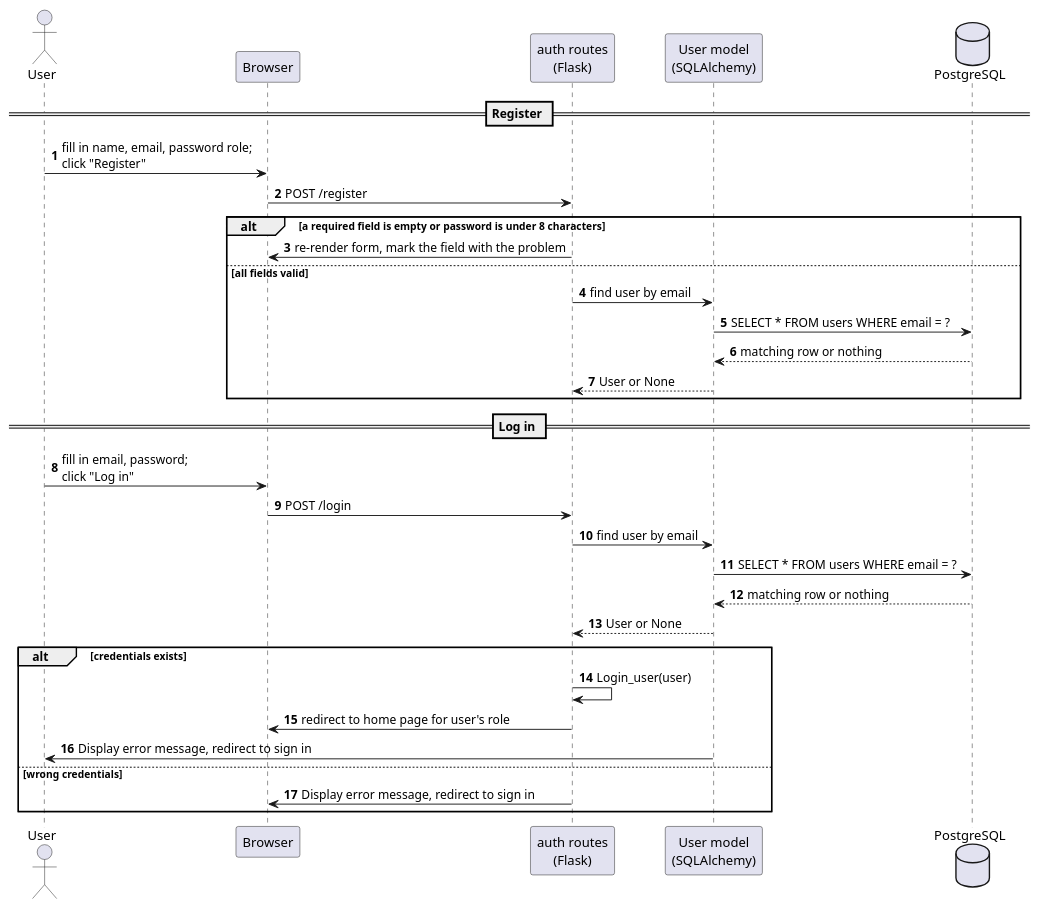
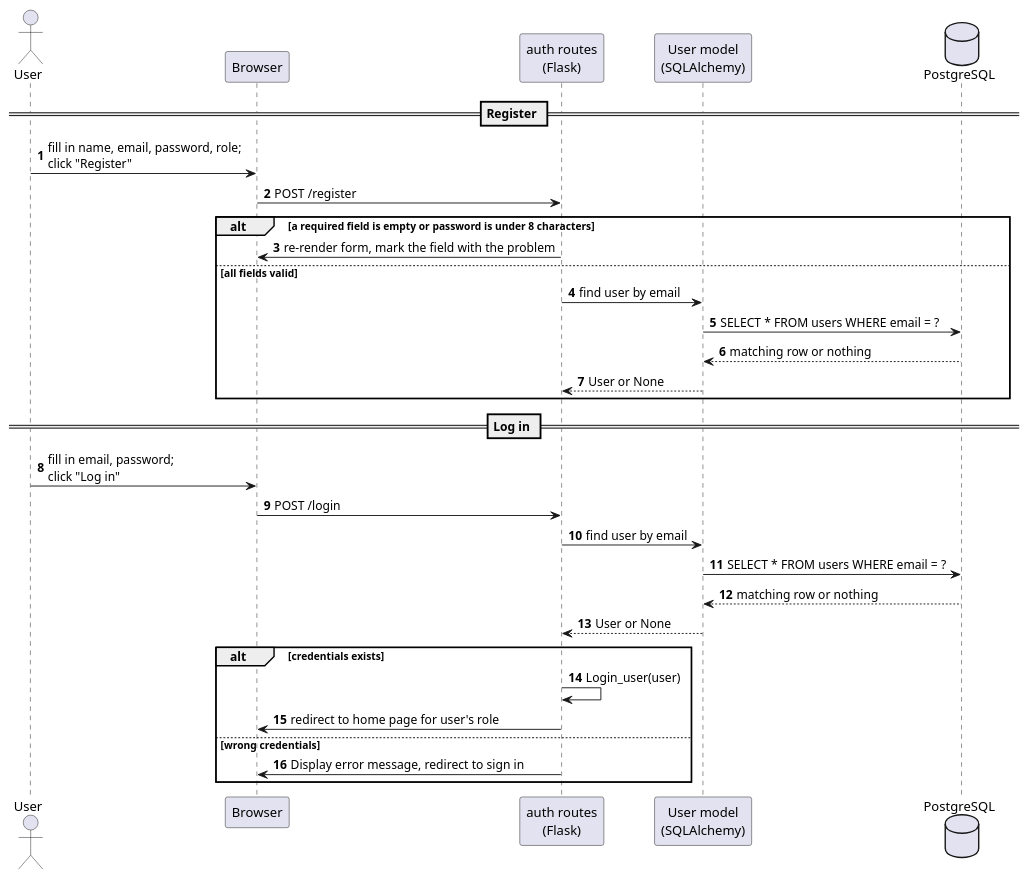
The diagram in uml/sequence-US1.wsd (Riconashty/campuseats), drawn with PlantUML before and after one commit. The commit also changed 1 other file, not shown here.

Commit message:
fix(uml): fix class diagram naming and sequence diagram login flow

```diff
--- a/uml/sequence-US1.wsd
+++ b/uml/sequence-US1.wsd
@@ -1,42 +1,41 @@
 @startuml US1
 
 autonumber
 
 actor User
 participant Browser
 participant "auth routes\n(Flask)" as Route
 participant "User model\n(SQLAlchemy)" as Model
 database PostgreSQL as DB
 
 == Register ==
 
-User -> Browser : fill in name, email, password role;\nclick "Register"
+User -> Browser : fill in name, email, password, role;\nclick "Register"
 Browser -> Route : POST /register
 
 alt a required field is empty or password is under 8 characters
     Route -> Browser : re-render form, mark the field with the problem
 else all fields valid
     Route -> Model : find user by email
     Model -> DB : SELECT * FROM users WHERE email = ?
     DB --> Model : matching row or nothing
     Model --> Route : User or None
 end
 
 == Log in ==
 User -> Browser : fill in email, password;\nclick "Log in"
 Browser -> Route : POST /login
 Route -> Model : find user by email
 Model -> DB : SELECT * FROM users WHERE email = ?
 DB --> Model : matching row or nothing
 Model --> Route : User or None
 
 alt credentials exists
     Route -> Route : Login_user(user)
     Route -> Browser : redirect to home page for user's role
-    Model -> User : Display error message, redirect to sign in
 else wrong credentials
     Route -> Browser : Display error message, redirect to sign in
 end
 
 
 @enduml
```
